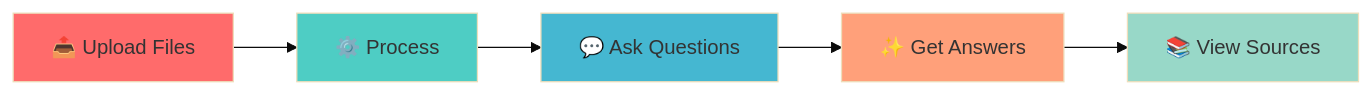
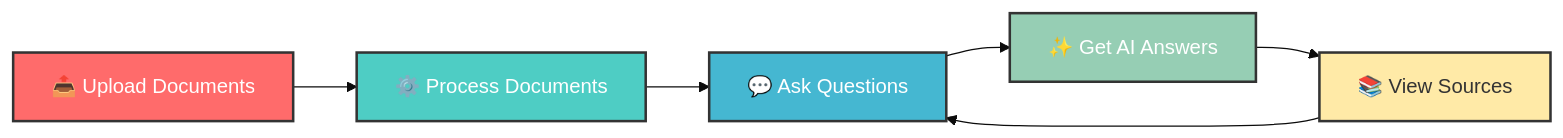
One commit to 24pwai0032-gif/rag-document-chat changed the first of 3 diagrams in README.md. Above: the diagram before and after it, drawn with Mermaid (base theme). The commit also changed other lines of this file, not shown here.

````diff
--- a/README.md
+++ b/README.md
@@ -113,12 +124,14 @@
 ```mermaid
 graph LR
-    A[📤 Upload Files] --> B[⚙️ Process]
+    A[📤 Upload Documents] --> B[⚙️ Process Documents]
     B --> C[💬 Ask Questions]
-    C --> D[✨ Get Answers]
+    C --> D[✨ Get AI Answers]
     D --> E[📚 View Sources]
-    style A fill:#FF6B6B
-    style B fill:#4ECDC4
-    style C fill:#45B7D1
-    style D fill:#FFA07A
-    style E fill:#98D8C8
+    E --> C
+    
+    style A fill:#FF6B6B,stroke:#333,stroke-width:2px,color:#fff
+    style B fill:#4ECDC4,stroke:#333,stroke-width:2px,color:#fff
+    style C fill:#45B7D1,stroke:#333,stroke-width:2px,color:#fff
+    style D fill:#96CEB4,stroke:#333,stroke-width:2px,color:#fff
+    style E fill:#FFEAA7,stroke:#333,stroke-width:2px,color:#333
 ```
````
